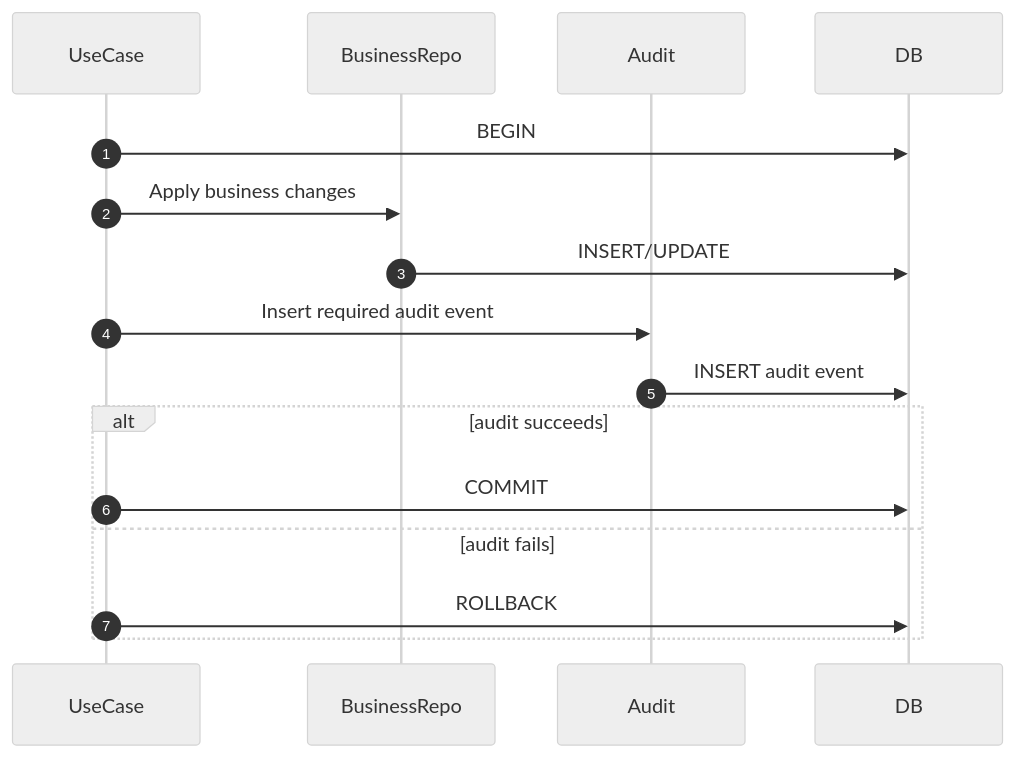
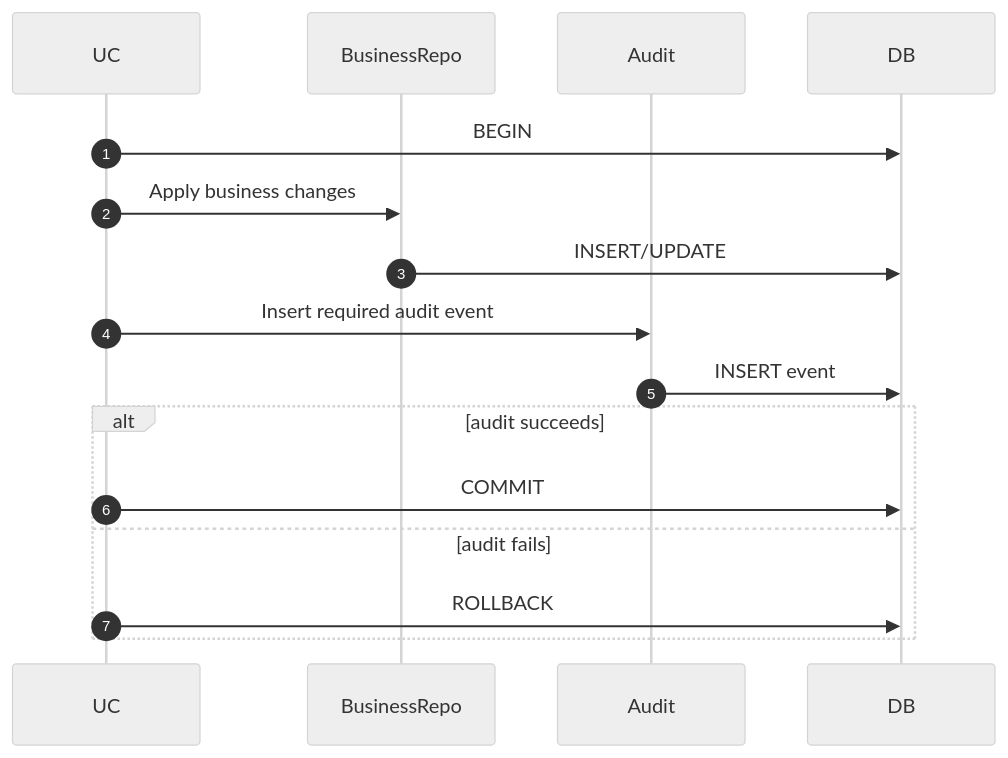
One commit to GulovM/PharmacyCRM changed diagram 18 of 19 in docs/10-sequence-diagrams.md. Above: the diagram before and after it, drawn with Mermaid (neutral theme). The commit also changed other lines of this file, not shown here.

Commit message:
Harden critical sequence and transaction protocols

````diff
--- a/docs/10-sequence-diagrams.md
+++ b/docs/10-sequence-diagrams.md
@@ -571,19 +799,19 @@
 ```mermaid
 sequenceDiagram
     autonumber
-    participant UseCase
+    participant UC
     participant BusinessRepo
     participant Audit
     participant DB
 
-    UseCase->>DB: BEGIN
-    UseCase->>BusinessRepo: Apply business changes
+    UC->>DB: BEGIN
+    UC->>BusinessRepo: Apply business changes
     BusinessRepo->>DB: INSERT/UPDATE
-    UseCase->>Audit: Insert required audit event
-    Audit->>DB: INSERT audit event
+    UC->>Audit: Insert required audit event
+    Audit->>DB: INSERT event
     alt audit succeeds
-        UseCase->>DB: COMMIT
+        UC->>DB: COMMIT
     else audit fails
-        UseCase->>DB: ROLLBACK
+        UC->>DB: ROLLBACK
     end
 ```
````
